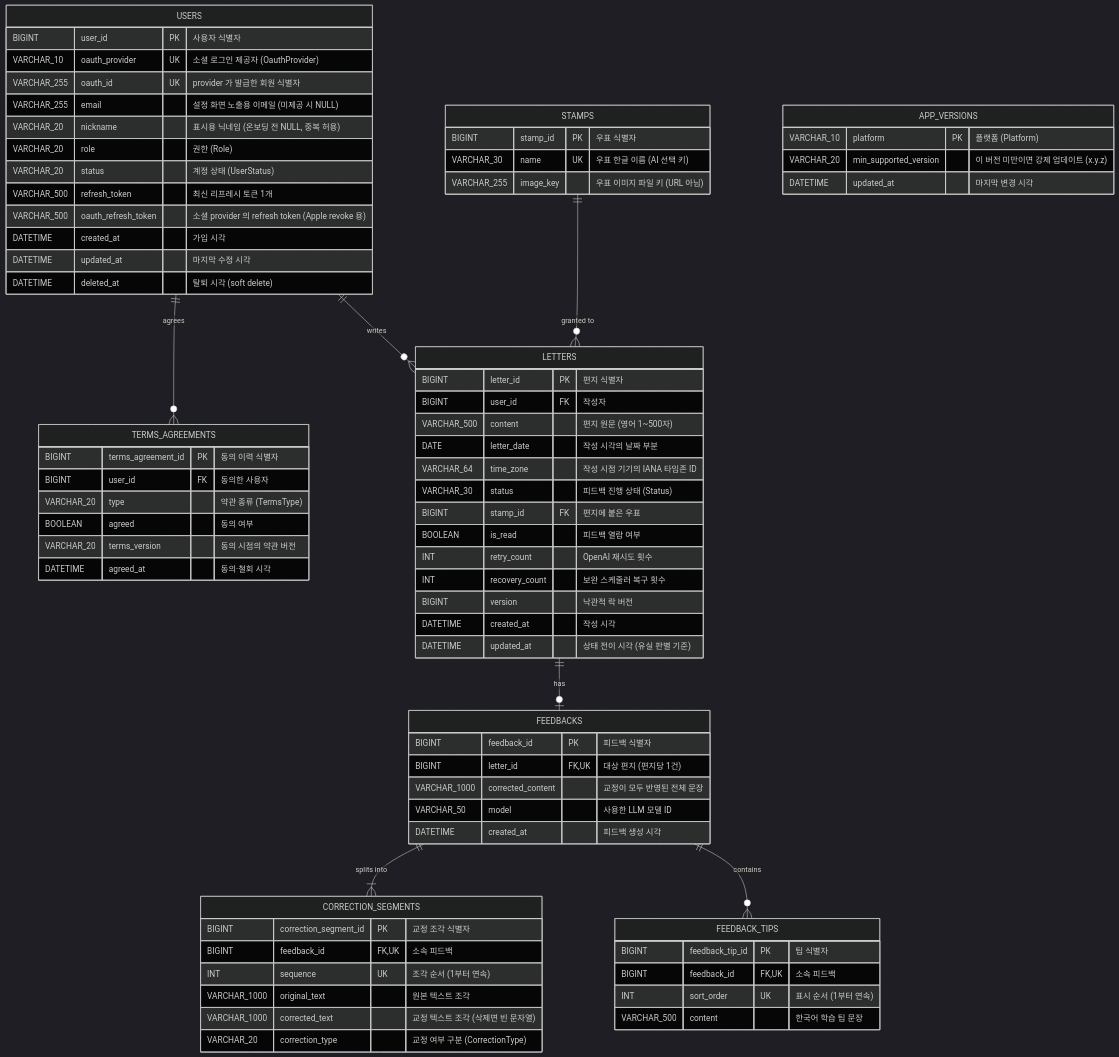
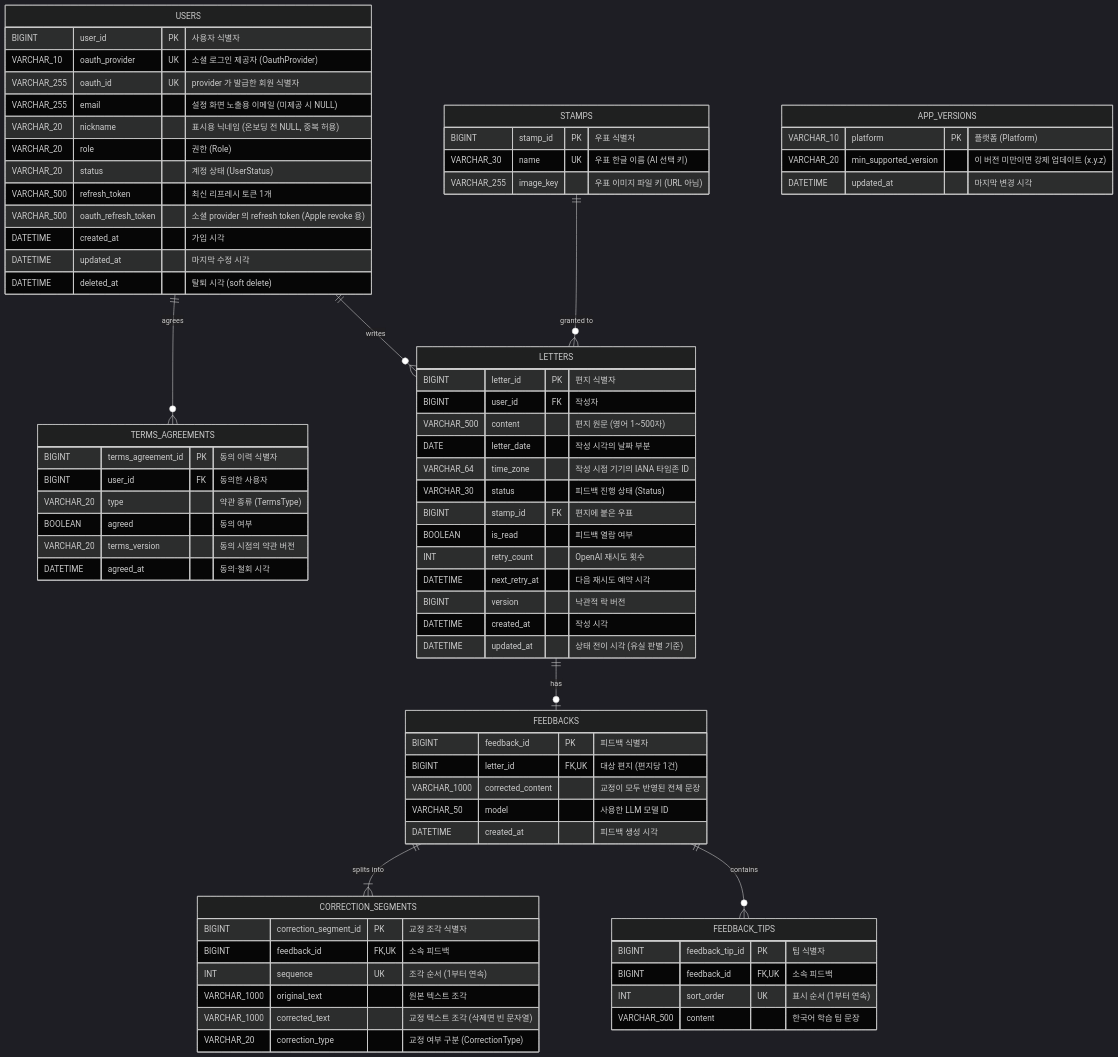
The diagram in docs/ERD.md (Dear-Jolly/Jolly_Server), drawn with Mermaid (dark theme) before and after one commit. The commit also changed other lines of this file and 7 other files, not shown here.

```diff
--- a/docs/ERD.md
+++ b/docs/ERD.md
@@ -72,7 +72,7 @@
         BIGINT stamp_id FK "편지에 붙은 우표"
         BOOLEAN is_read "피드백 열람 여부"
         INT retry_count "OpenAI 재시도 횟수"
-        INT recovery_count "보완 스케줄러 복구 횟수"
+        DATETIME next_retry_at "다음 재시도 예약 시각"
         BIGINT version "낙관적 락 버전"
         DATETIME created_at "작성 시각"
         DATETIME updated_at "상태 전이 시각 (유실 판별 기준)"
```
